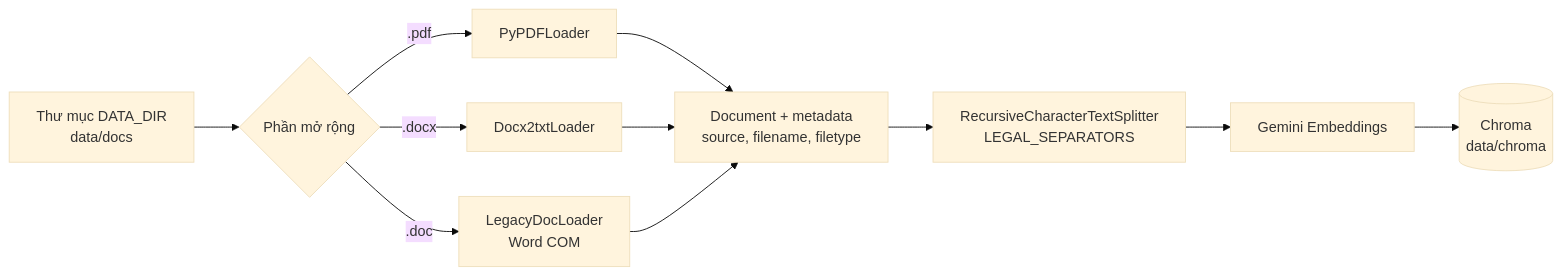
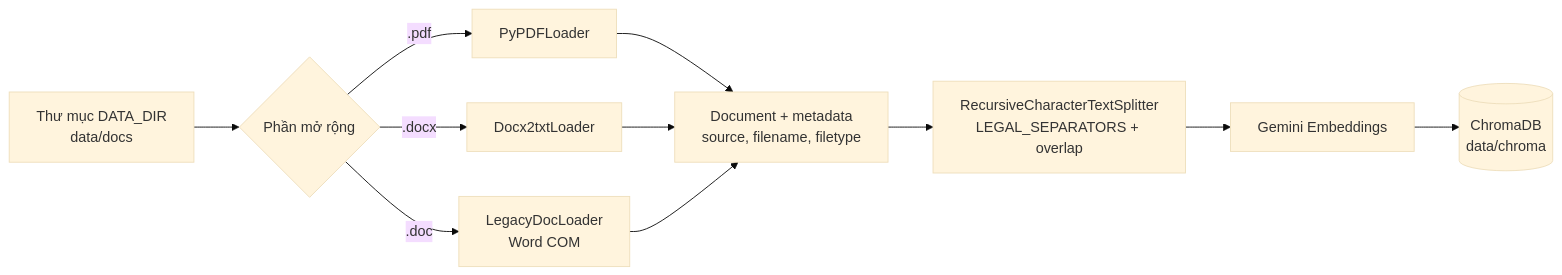
Before and after one commit to ducchungtx/advanced-rag-agent: the fourth of 13 diagrams in docs/architecture.md, drawn with Mermaid (base theme). The commit also changed other lines of this file and 1 other file, not shown here.

Commit message:
Enhance architecture and learning documentation, detailing tech stack, system overview, and caching strategies. Update flowcharts to reflect new components and processes for improved clarity.

````diff
--- a/docs/architecture.md
+++ b/docs/architecture.md
@@ -127,11 +171,11 @@
 ```mermaid
 flowchart LR
     A[Thư mục DATA_DIR<br/>data/docs] --> B{Phần mở rộng}
     B -->|.pdf| C1[PyPDFLoader]
     B -->|.docx| C2[Docx2txtLoader]
     B -->|.doc| C3[LegacyDocLoader<br/>Word COM]
     C1 & C2 & C3 --> D[Document + metadata<br/>source, filename, filetype]
-    D --> E[RecursiveCharacterTextSplitter<br/>LEGAL_SEPARATORS]
+    D --> E[RecursiveCharacterTextSplitter<br/>LEGAL_SEPARATORS + overlap]
     E --> F[Gemini Embeddings]
-    F --> G[(Chroma<br/>data/chroma)]
+    F --> G[(ChromaDB<br/>data/chroma)]
 ```
````
